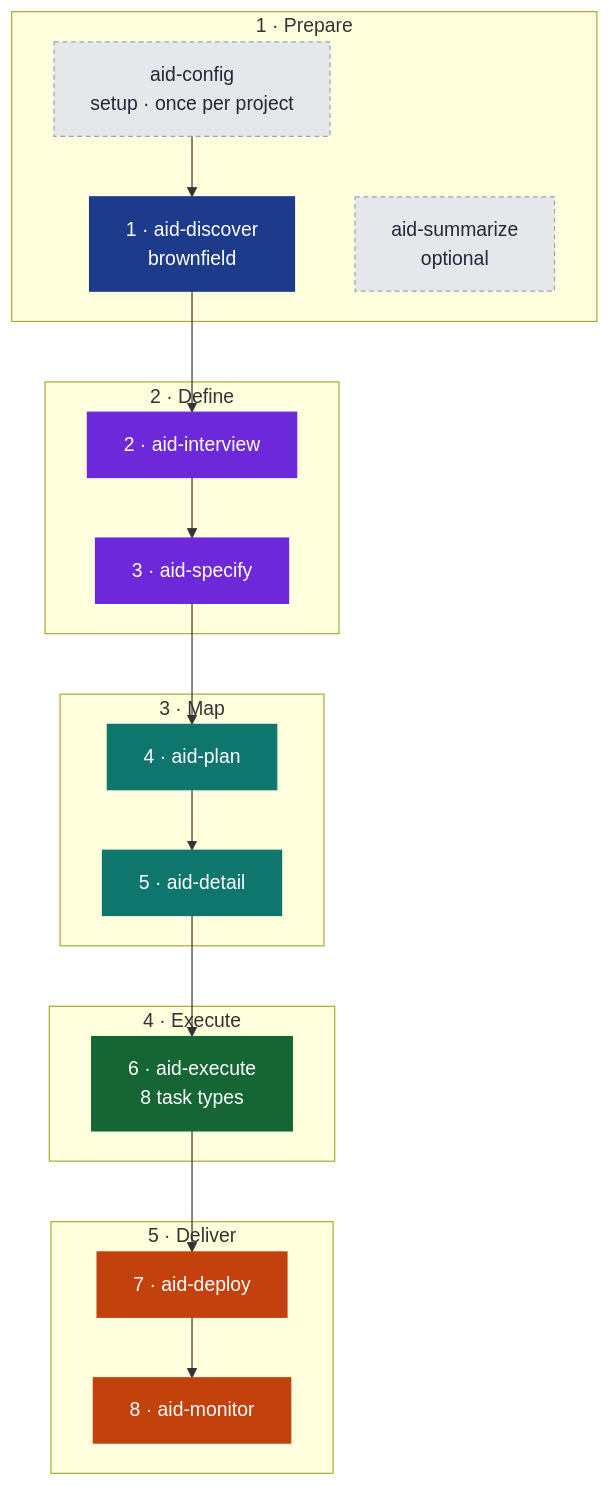
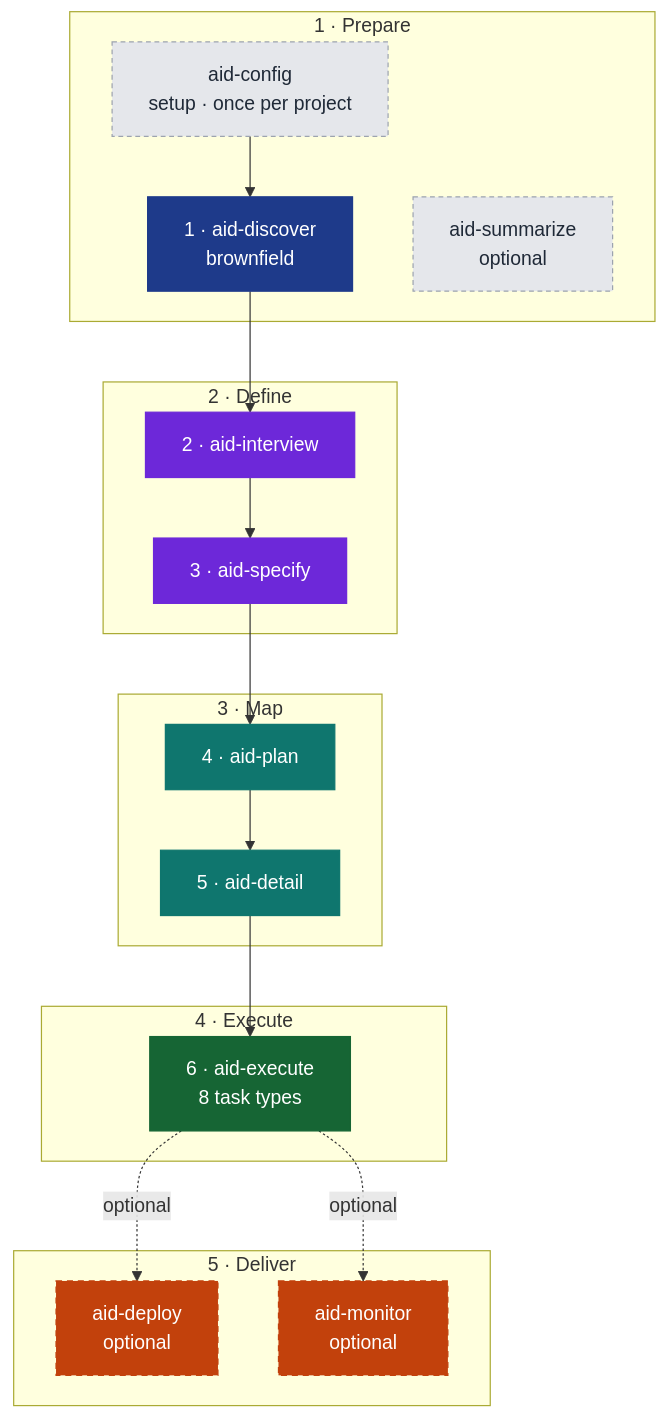
The first of 5 diagrams in README.md (AndreVianna/aid-methodology), drawn with Mermaid before and after one commit. The commit also changed other lines of this file and 29 other files, not shown here.

````diff
--- a/README.md
+++ b/README.md
@@ -63,32 +63,35 @@
 ```mermaid
 flowchart TB
     classDef prep fill:#1E3A8A,stroke:#1E3A8A,color:#ffffff
     classDef def fill:#6D28D9,stroke:#6D28D9,color:#ffffff
     classDef map fill:#0F766E,stroke:#0F766E,color:#ffffff
     classDef exe fill:#166534,stroke:#166534,color:#ffffff
     classDef del fill:#C2410C,stroke:#C2410C,color:#ffffff
     classDef aux fill:#E5E7EB,stroke:#9CA3AF,color:#1F2937,stroke-dasharray:4 3
+    classDef delopt fill:#C2410C,stroke:#C2410C,color:#ffffff,stroke-dasharray:5 4
 
     subgraph G1[" 1 · Prepare "]
         Init["aid-config<br/>setup · once per project"]:::aux
         Disc["1 · aid-discover<br/>brownfield"]:::prep
         Sum["aid-summarize<br/>optional"]:::aux
     end
     subgraph G2[" 2 · Define "]
         Intv["2 · aid-interview"]:::def
         Spec["3 · aid-specify"]:::def
     end
     subgraph G3[" 3 · Map "]
         Plan["4 · aid-plan"]:::map
         Det["5 · aid-detail"]:::map
     end
     subgraph G4[" 4 · Execute "]
         Exe["6 · aid-execute<br/>8 task types"]:::exe
     end
     subgraph G5[" 5 · Deliver "]
-        Dep["7 · aid-deploy"]:::del
-        Mon["8 · aid-monitor"]:::del
+        Dep["aid-deploy<br/>optional"]:::delopt
+        Mon["aid-monitor<br/>optional"]:::delopt
     end
 
-    Init --> Disc --> Intv --> Spec --> Plan --> Det --> Exe --> Dep --> Mon
+    Init --> Disc --> Intv --> Spec --> Plan --> Det --> Exe
+    Exe -. optional .-> Dep
+    Exe -. optional .-> Mon
 ```
````
